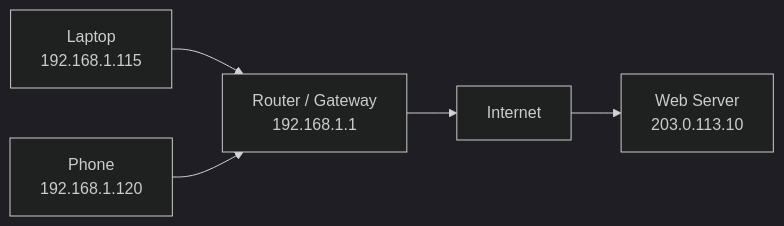
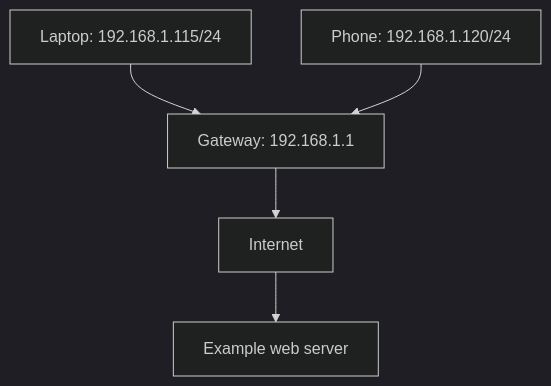
One commit to VedatDaglar/cybersecurity-portfolio changed the diagram in network/ip-basics.md. Above: the diagram before and after it, drawn with Mermaid (dark theme). The commit also changed other lines of this file, not shown here.

````diff
--- a/network/ip-basics.md
+++ b/network/ip-basics.md
@@ -62,7 +65,7 @@
 ```mermaid
-flowchart LR
-    L["Laptop<br/>192.168.1.115"] --> R["Router / Gateway<br/>192.168.1.1"]
-    P["Phone<br/>192.168.1.120"] --> R
+flowchart TD
+    L["Laptop: 192.168.1.115/24"] --> R["Gateway: 192.168.1.1"]
+    P["Phone: 192.168.1.120/24"] --> R
     R --> I["Internet"]
-    I --> S["Web Server<br/>203.0.113.10"]
+    I --> S["Example web server"]
 ```
````
